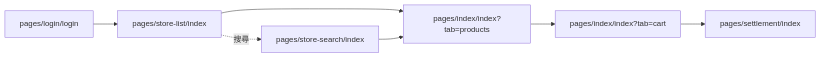
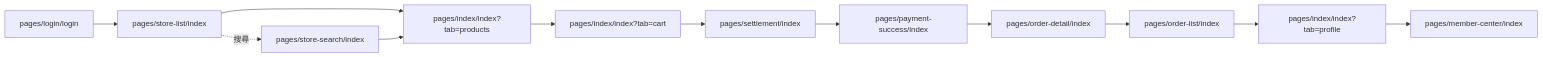
The third of 3 diagrams in docs/architecture.md (harlin2026/QA), drawn with Mermaid before and after one commit. The commit also changed other lines of this file and 13 other files, not shown here.

````diff
--- a/docs/architecture.md
+++ b/docs/architecture.md
@@ -366,9 +402,14 @@
 ```mermaid
 flowchart LR
   L[pages/login/login] --> S[pages/store-list/index]
   S --> P["pages/index/index?tab=products"]
   P --> C["pages/index/index?tab=cart"]
   C --> T[pages/settlement/index]
+  T --> Pay[pages/payment-success/index]
+  Pay --> D[pages/order-detail/index]
+  D --> O[pages/order-list/index]
+  O --> Me["pages/index/index?tab=profile"]
+  Me --> M[pages/member-center/index]
   S -.搜尋.-> Q[pages/store-search/index]
   Q --> P
 ```
````
